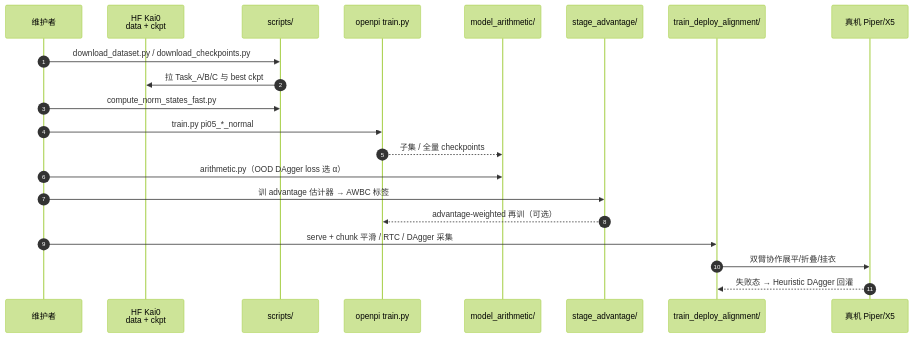
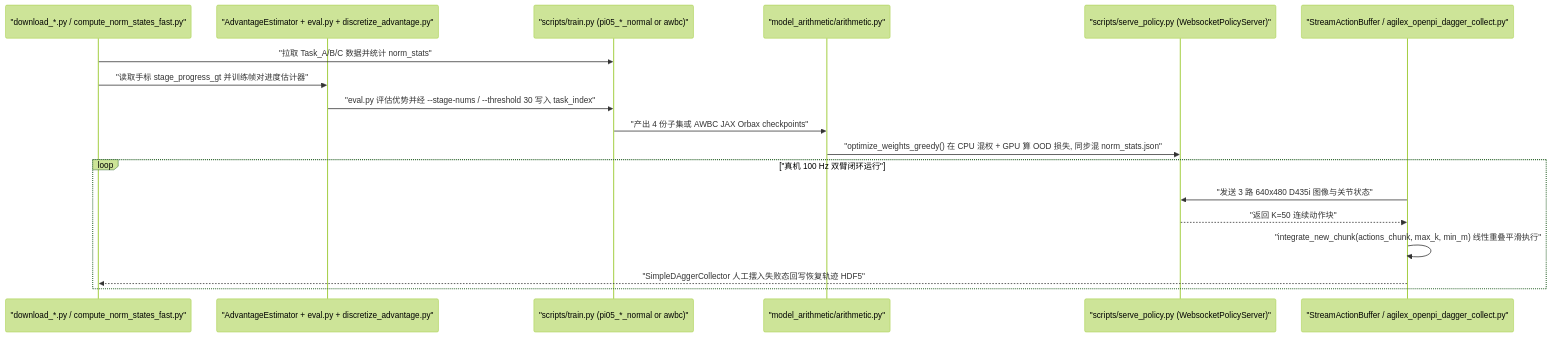
The second of 2 diagrams in wiki/entities/paper-kai0.md (ImChong/Robotics_Notebooks), drawn with Mermaid (forest theme) before and after one commit. The commit also changed other lines of this file and 73 other files, not shown here.

````diff
--- a/wiki/entities/paper-kai0.md
+++ b/wiki/entities/paper-kai0.md
@@ -119,24 +128,21 @@
 ```mermaid
 sequenceDiagram
-  autonumber
-  participant Op as 维护者
-  participant HF as HF Kai0<br/>data + ckpt
-  participant Scr as scripts/
-  participant Train as openpi train.py
-  participant MA as model_arithmetic/
-  participant SA as stage_advantage/
-  participant TDA as train_deploy_alignment/
-  participant Robot as 真机 Piper/X5
+    participant DL as "download_*.py / compute_norm_states_fast.py"
+    participant SA as "AdvantageEstimator + eval.py + discretize_advantage.py"
+    participant TR as "scripts/train.py (pi05_*_normal or awbc)"
+    participant MA as "model_arithmetic/arithmetic.py"
+    participant SRV as "scripts/serve_policy.py (WebsocketPolicyServer)"
+    participant BOT as "StreamActionBuffer / agilex_openpi_dagger_collect.py"
 
-  Op->>Scr: download_dataset.py / download_checkpoints.py
-  Scr->>HF: 拉 Task_A/B/C 与 best ckpt
-  Op->>Scr: compute_norm_states_fast.py
-  Op->>Train: train.py pi05_*_normal
-  Train-->>MA: 子集 / 全量 checkpoints
-  Op->>MA: arithmetic.py（OOD DAgger loss 选 α）
-  Op->>SA: 训 advantage 估计器 → AWBC 标签
-  SA-->>Train: advantage-weighted 再训（可选）
-  Op->>TDA: serve + chunk 平滑 / RTC / DAgger 采集
-  TDA->>Robot: 双臂协作展平/折叠/挂衣
-  Robot-->>TDA: 失败态 → Heuristic DAgger 回灌
+    DL->>TR: "拉取 Task_A/B/C 数据并统计 norm_stats"
+    DL->>SA: "读取手标 stage_progress_gt 并训练帧对进度估计器"
+    SA->>TR: "eval.py 评估优势并经 --stage-nums / --threshold 30 写入 task_index"
+    TR->>MA: "产出 4 份子集或 AWBC JAX Orbax checkpoints"
+    MA->>SRV: "optimize_weights_greedy() 在 CPU 混权 + GPU 算 OOD 损失, 同步混 norm_stats.json"
+    loop "真机 100 Hz 双臂闭环运行"
+        BOT->>SRV: "发送 3 路 640x480 D435i 图像与关节状态"
+        SRV-->>BOT: "返回 K=50 连续动作块"
+        BOT->>BOT: "integrate_new_chunk(actions_chunk, max_k, min_m) 线性重叠平滑执行"
+        BOT-->>DL: "SimpleDAggerCollector 人工摆入失败态回写恢复轨迹 HDF5"
+    end
 ```
````
